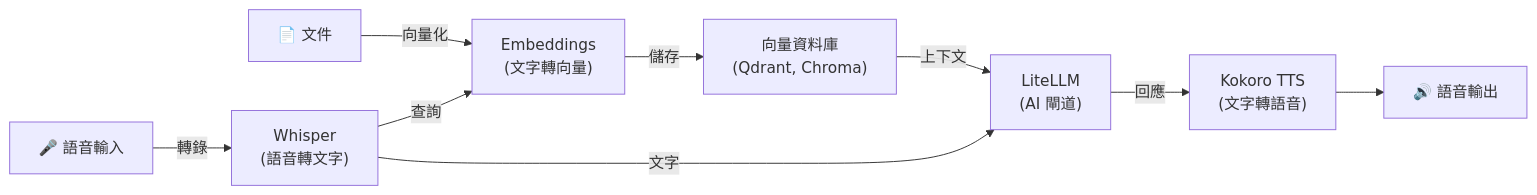
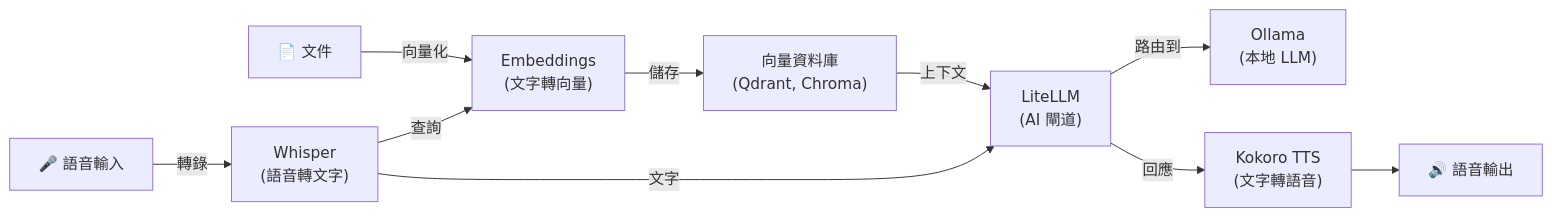
Before and after one commit to hwdsl2/whisper-install: the diagram in README-zh-Hant.md, drawn with Mermaid. The commit also changed other lines of this file and 3 other files, not shown here.

````diff
--- a/README-zh-Hant.md
+++ b/README-zh-Hant.md
@@ -443,11 +443,12 @@
 ```mermaid
 graph LR
     D["📄 文件"] -->|向量化| E["Embeddings<br/>(文字轉向量)"]
     E -->|儲存| VDB["向量資料庫<br/>(Qdrant, Chroma)"]
     A["🎤 語音輸入"] -->|轉錄| W["Whisper<br/>(語音轉文字)"]
     W -->|查詢| E
     VDB -->|上下文| L["LiteLLM<br/>(AI 閘道)"]
     W -->|文字| L
+    L -->|路由到| O["Ollama<br/>(本地 LLM)"]
     L -->|回應| T["Kokoro TTS<br/>(文字轉語音)"]
     T --> B["🔊 語音輸出"]
 ```
````
